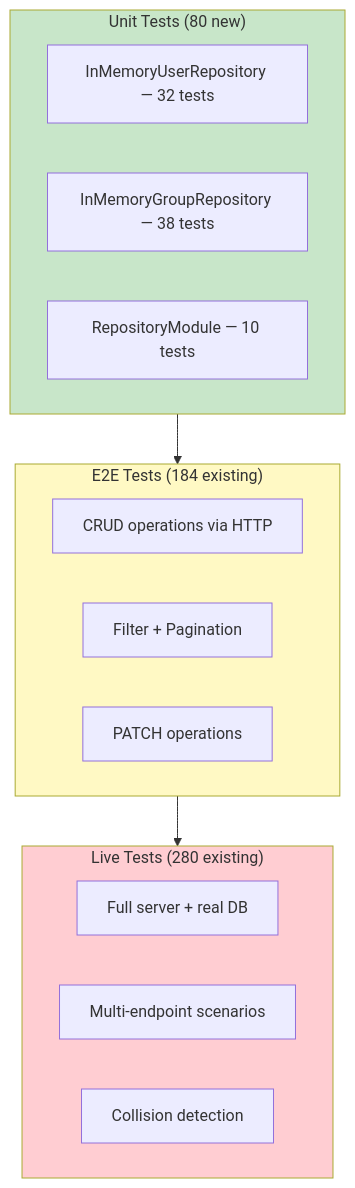
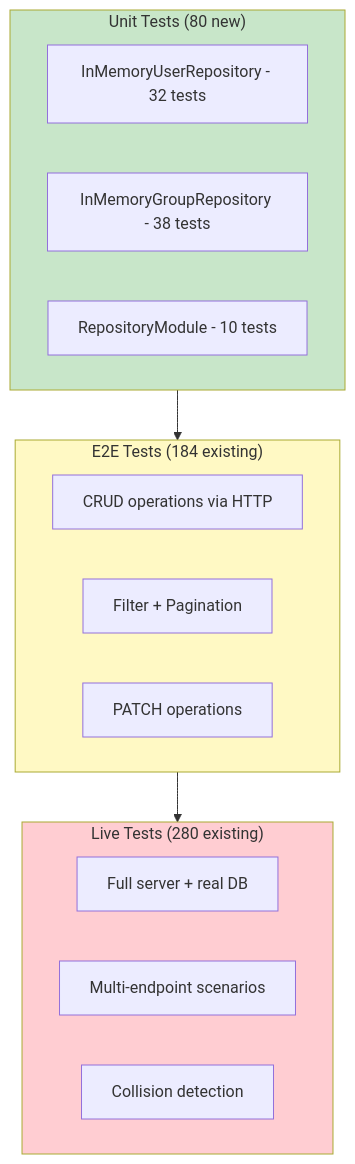
Before and after one commit to pranems/SCIMServer: the eighth of 9 diagrams in docs/phases/PHASE_01_REPOSITORY_PATTERN.md, drawn with Mermaid. The commit also changed other lines of this file and 337 other files, not shown here.

````diff
--- a/docs/phases/PHASE_01_REPOSITORY_PATTERN.md
+++ b/docs/phases/PHASE_01_REPOSITORY_PATTERN.md
@@ -937,26 +937,26 @@
 ```mermaid
 flowchart TB
     subgraph Unit["Unit Tests (80 new)"]
-        UT1["InMemoryUserRepository — 32 tests"]
-        UT2["InMemoryGroupRepository — 38 tests"]
-        UT3["RepositoryModule — 10 tests"]
+        UT1["InMemoryUserRepository - 32 tests"]
+        UT2["InMemoryGroupRepository - 38 tests"]
+        UT3["RepositoryModule - 10 tests"]
     end
 
     subgraph Integration["E2E Tests (184 existing)"]
         IT1["CRUD operations via HTTP"]
         IT2["Filter + Pagination"]
         IT3["PATCH operations"]
     end
 
     subgraph Live["Live Tests (280 existing)"]
         LT1["Full server + real DB"]
         LT2["Multi-endpoint scenarios"]
         LT3["Collision detection"]
     end
 
     Unit --> Integration --> Live
 
     style Unit fill:#c8e6c9,color:#333
     style Integration fill:#fff9c4,color:#333
     style Live fill:#ffcdd2,color:#333
 ```
````
